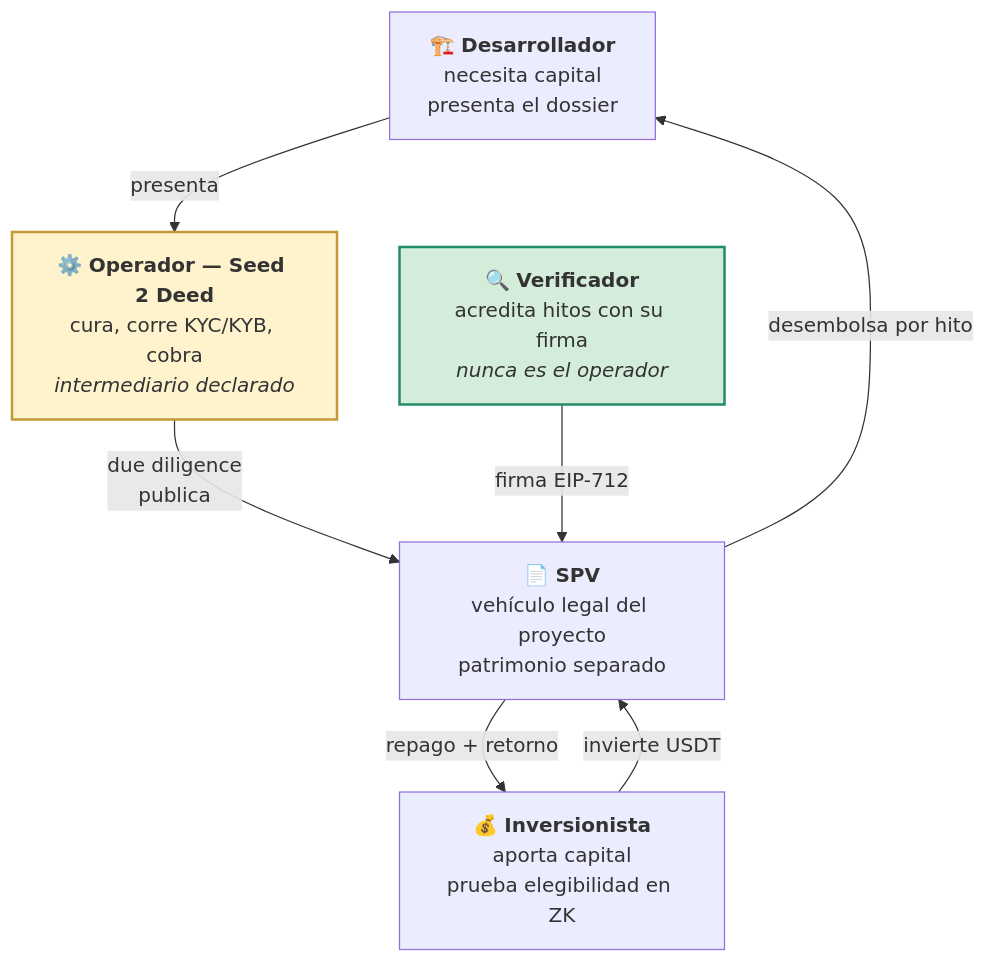
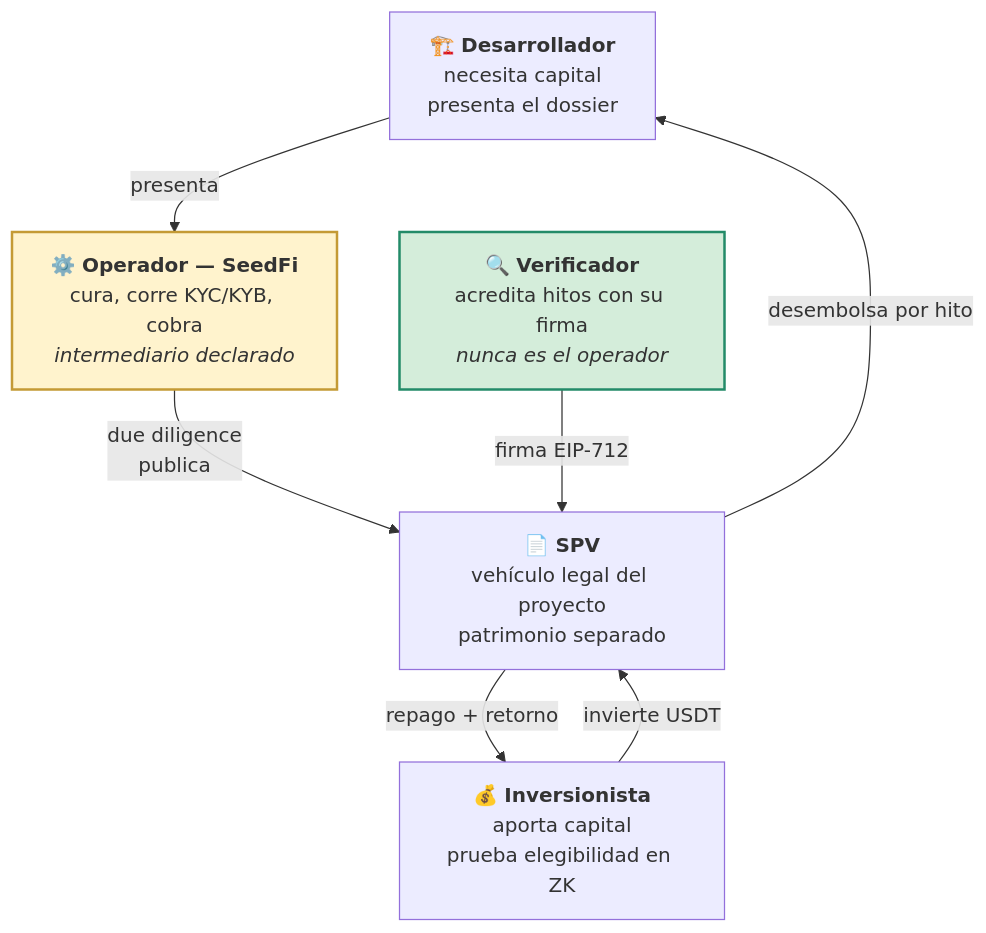
The first of 4 diagrams in docs/arquitectura.md (daniel69zz/seedfi), drawn with Mermaid before and after one commit. The commit also changed other lines of this file and 18 other files, not shown here.

````diff
--- a/docs/arquitectura.md
+++ b/docs/arquitectura.md
@@ -18,18 +18,18 @@
 ```mermaid
 flowchart TB
     D["🏗️ <b>Desarrollador</b><br/>necesita capital<br/>presenta el dossier"]
     I["💰 <b>Inversionista</b><br/>aporta capital<br/>prueba elegibilidad en ZK"]
-    P["⚙️ <b>Operador — Seed 2 Deed</b><br/>cura, corre KYC/KYB, cobra<br/><i>intermediario declarado</i>"]
+    P["⚙️ <b>Operador — SeedFi</b><br/>cura, corre KYC/KYB, cobra<br/><i>intermediario declarado</i>"]
     V["🔍 <b>Verificador</b><br/>acredita hitos con su firma<br/><i>nunca es el operador</i>"]
     S["📄 <b>SPV</b><br/>vehículo legal del proyecto<br/>patrimonio separado"]
 
     D -->|"presenta"| P
     P -->|"due diligence<br/>publica"| S
     I -->|"invierte USDT"| S
     V -->|"firma EIP-712"| S
     S -->|"desembolsa por hito"| D
     S -->|"repago + retorno"| I
 
     style P fill:#fff3cd,stroke:#c49a35,stroke-width:2px
     style V fill:#d4edda,stroke:#238b68,stroke-width:2px
 ```
````
